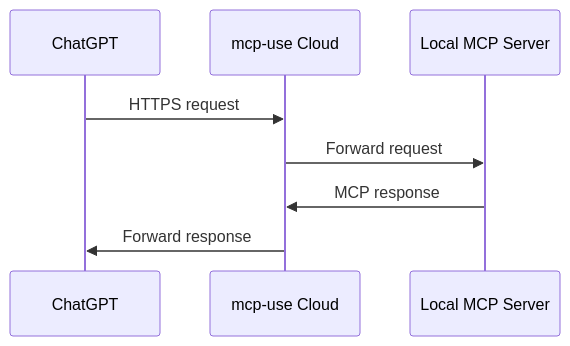
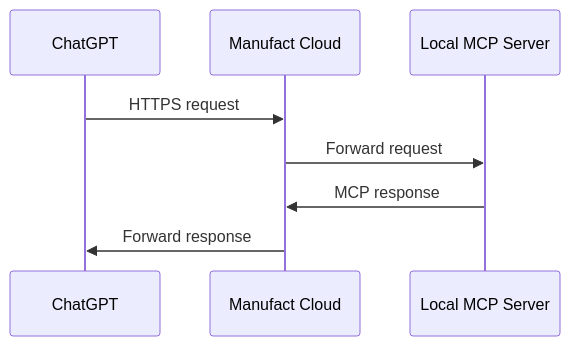
Before and after one commit to DevZonayed/nexalance-skill-mcp-use-mcp-use: the diagram in docs/tunneling/index.mdx, drawn with Mermaid. The commit also changed 36 other files, not shown here.

````diff
--- a/docs/tunneling/index.mdx
+++ b/docs/tunneling/index.mdx
@@ -10,11 +10,11 @@
 ```mermaid
 sequenceDiagram
     participant ChatGPT as ChatGPT
-    participant TunnelServer as mcp-use Cloud
+    participant TunnelServer as Manufact Cloud
     participant LocalServer as Local MCP Server
 
     ChatGPT->>TunnelServer: HTTPS request
     TunnelServer->>LocalServer: Forward request
     LocalServer->>TunnelServer: MCP response
     TunnelServer->>ChatGPT: Forward response
 ```
````
